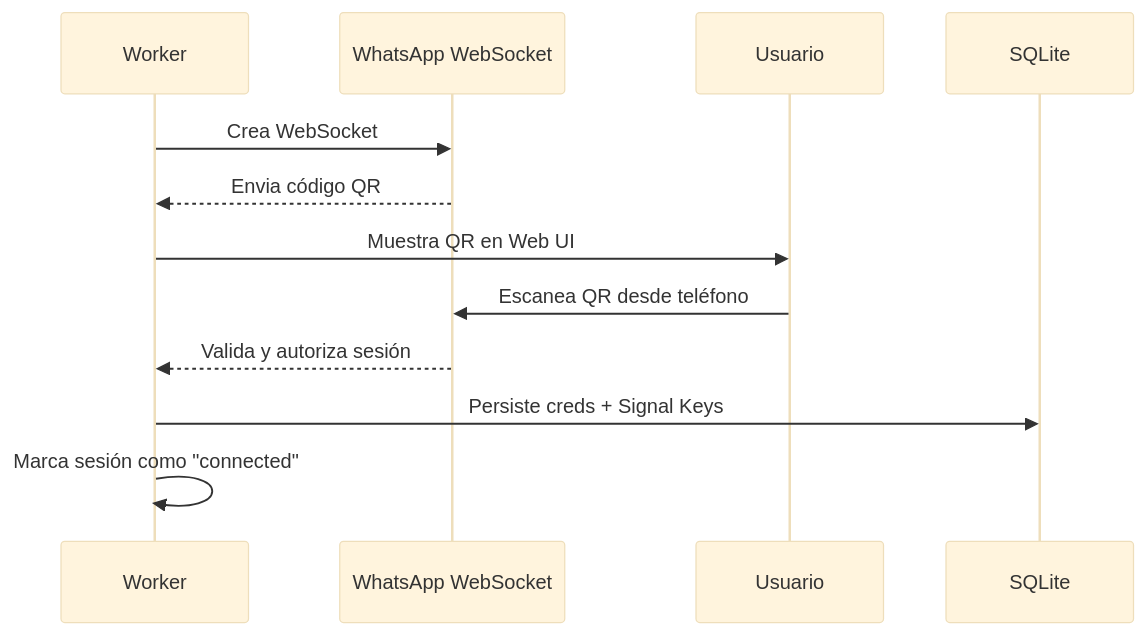
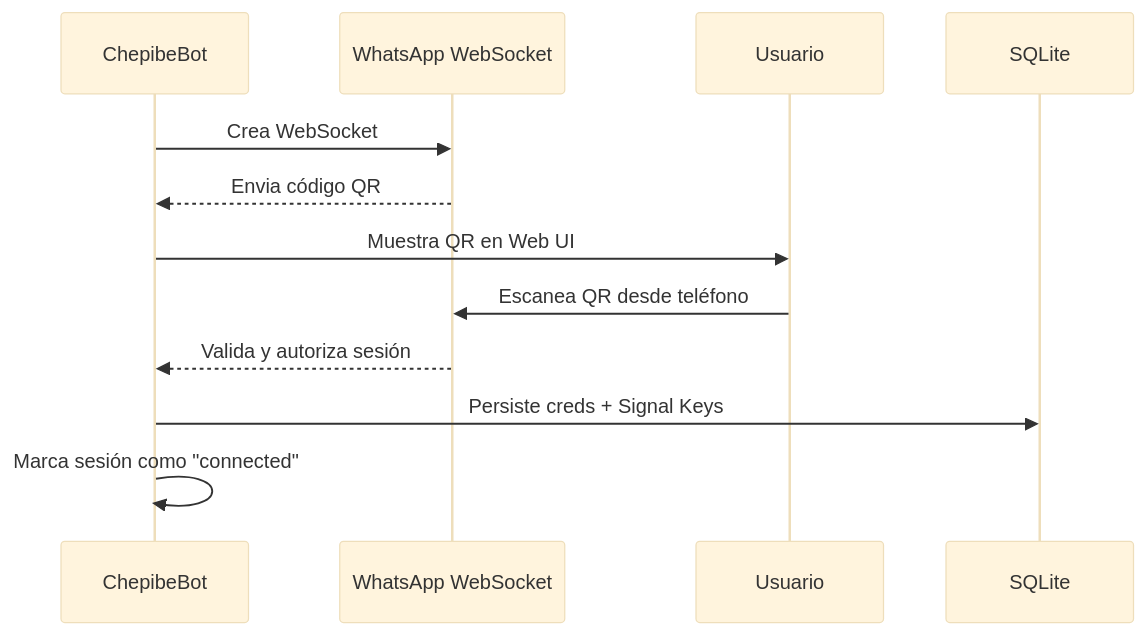
Before and after one commit to Fibra-Labs/chepibe-personal: the first of 4 diagrams in docs/baileys.md, drawn with Mermaid (base theme). The commit also changed other lines of this file and 41 other files, not shown here.

````diff
--- a/docs/baileys.md
+++ b/docs/baileys.md
@@ -17,15 +17,15 @@
 ```mermaid
 sequenceDiagram
-    participant W as Worker
+    participant B as ChepibeBot
     participant WS as WhatsApp WebSocket
     participant U as Usuario
     participant DB as SQLite
 
-    W->>WS: Crea WebSocket
-    WS-->>W: Envia código QR
-    W->>U: Muestra QR en Web UI
+    B->>WS: Crea WebSocket
+    WS-->>B: Envia código QR
+    B->>U: Muestra QR en Web UI
     U->>WS: Escanea QR desde teléfono
-    WS-->>W: Valida y autoriza sesión
-    W->>DB: Persiste creds + Signal Keys
-    W->>W: Marca sesión como "connected"
+    WS-->>B: Valida y autoriza sesión
+    B->>DB: Persiste creds + Signal Keys
+    B->>B: Marca sesión como "connected"
 ```
````
